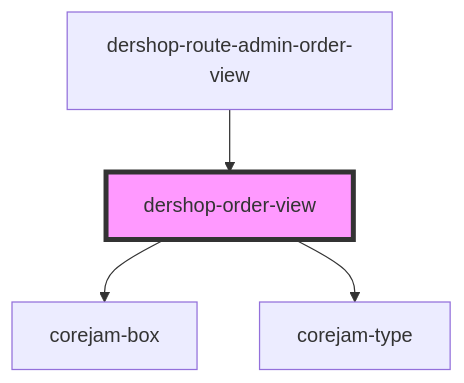
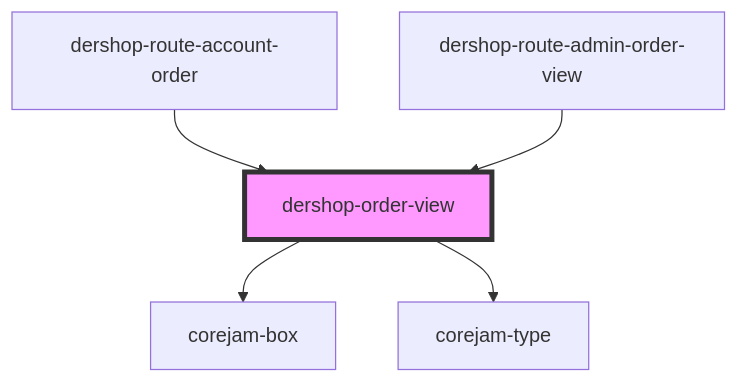
Before and after one commit to corejam/corejam: the diagram in packages/plugins/dershop/app/components/order-view/readme.md, drawn with Mermaid. The commit also changed other lines of this file and 3 other files, not shown here.

Commit message:
order view route

````diff
--- a/packages/plugins/dershop/app/components/order-view/readme.md
+++ b/packages/plugins/dershop/app/components/order-view/readme.md
@@ -27,7 +28,8 @@
 ```mermaid
 graph TD;
   dershop-order-view --> corejam-box
   dershop-order-view --> corejam-type
+  dershop-route-account-order --> dershop-order-view
   dershop-route-admin-order-view --> dershop-order-view
   style dershop-order-view fill:#f9f,stroke:#333,stroke-width:4px
 ```
````
